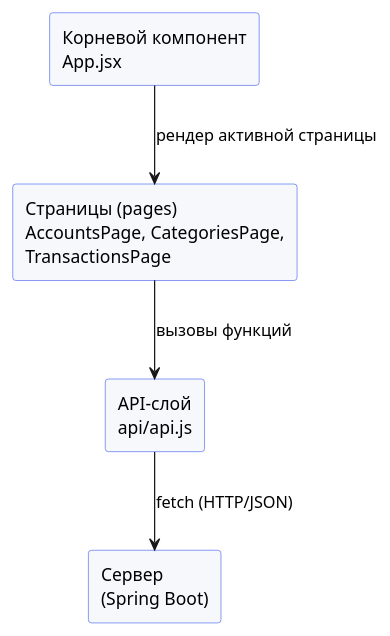
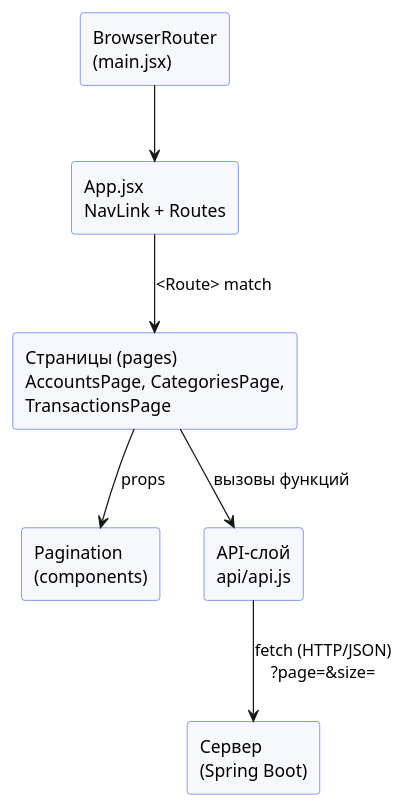
Before and after one commit to vasmaae/internet-programming-sivby: the fifth of 6 diagrams in report.md, drawn with PlantUML. The commit also changed other lines of this file and 7 other files, not shown here.

````diff
--- a/report.md
+++ b/report.md
@@ -292,17 +307,21 @@
 ```plantuml
 @startuml Архитектура клиентской части
 skinparam rectangle {
   BackgroundColor #f7f8fc
   BorderColor #4361ee
 }
 
+rectangle "BrowserRouter\n(main.jsx)" as BR
+rectangle "App.jsx\nNavLink + Routes" as App
 rectangle "Страницы (pages)\nAccountsPage, CategoriesPage,\nTransactionsPage" as Pages
-rectangle "Корневой компонент\nApp.jsx" as App
+rectangle "Pagination\n(components)" as Pag
 rectangle "API-слой\napi/api.js" as API
 rectangle "Сервер\n(Spring Boot)" as Server
 
-App --> Pages : рендер активной страницы
+BR --> App
+App --> Pages : <Route> match
+Pages --> Pag : props
 Pages --> API : вызовы функций
-API --> Server : fetch (HTTP/JSON)
+API --> Server : fetch (HTTP/JSON)\n?page=&size=
 @enduml
 ```
````
